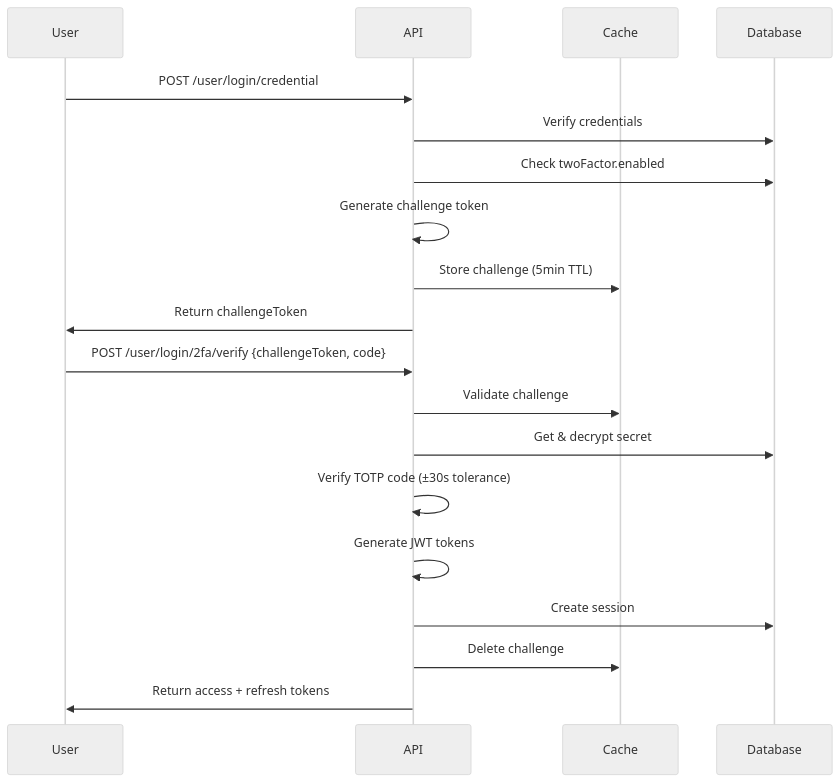
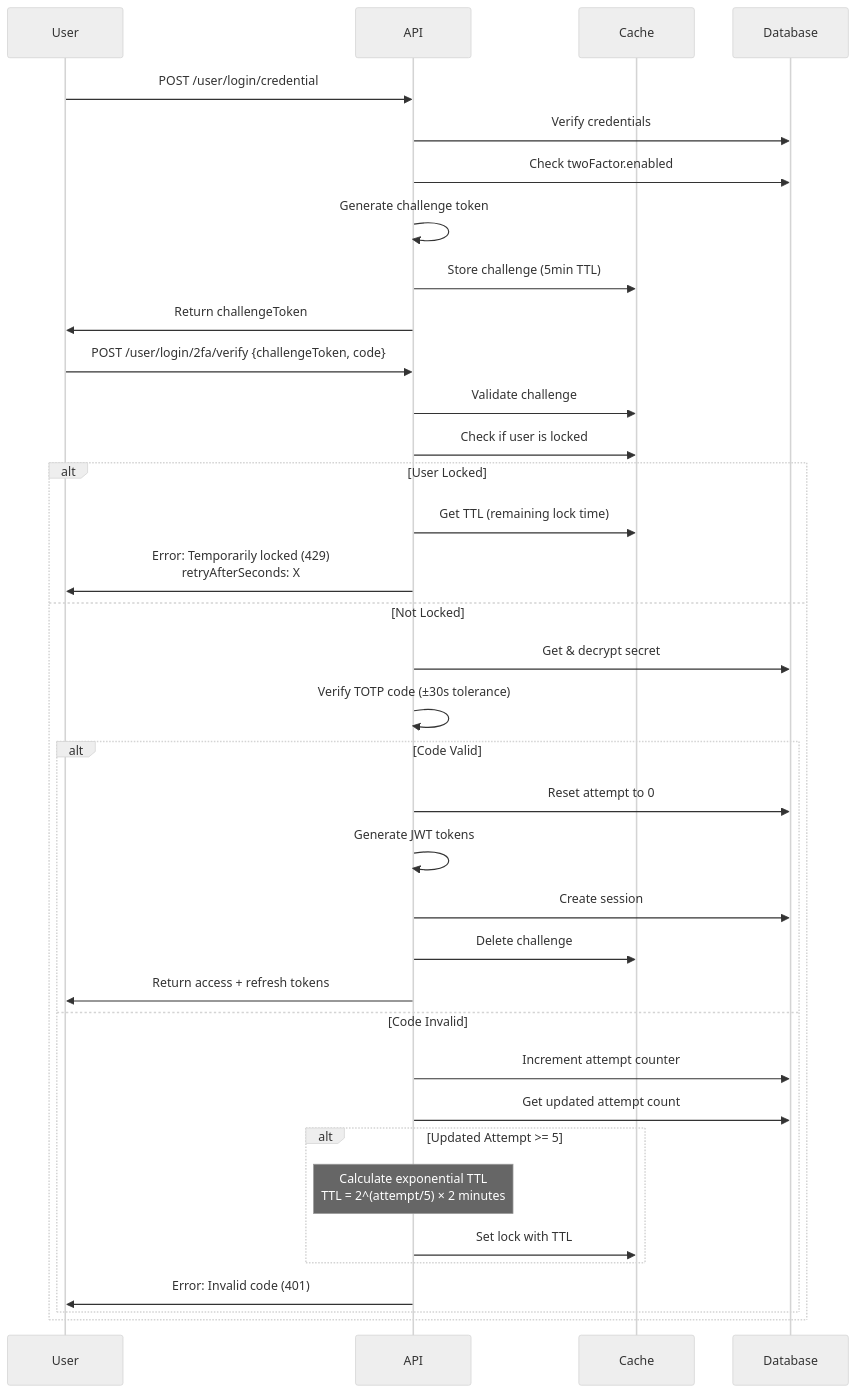
The second of 9 diagrams in docs/two-factor.md (andrechristikan/ack-nestjs-boilerplate), drawn with Mermaid (neutral theme) before and after one commit. The commit also changed other lines of this file and 36 other files, not shown here.

Commit message:
feat: added lock temporary exponential for two factor and refresh token expiration, add two factor code protection for change and reset password

````diff
--- a/docs/two-factor.md
+++ b/docs/two-factor.md
@@ -117,22 +207,39 @@
 ```mermaid
 sequenceDiagram
     participant User
     participant API
     participant Cache
     participant Database
 
     User->>API: POST /user/login/credential
     API->>Database: Verify credentials
     API->>Database: Check twoFactor.enabled
     API->>API: Generate challenge token
     API->>Cache: Store challenge (5min TTL)
     API->>User: Return challengeToken
     User->>API: POST /user/login/2fa/verify {challengeToken, code}
     API->>Cache: Validate challenge
-    API->>Database: Get & decrypt secret
-    API->>API: Verify TOTP code (±30s tolerance)
-    API->>API: Generate JWT tokens
-    API->>Database: Create session
-    API->>Cache: Delete challenge
-    API->>User: Return access + refresh tokens
+    API->>Cache: Check if user is locked
+    alt User Locked
+        API->>Cache: Get TTL (remaining lock time)
+        API->>User: Error: Temporarily locked (429)<br/>retryAfterSeconds: X
+    else Not Locked
+        API->>Database: Get & decrypt secret
+        API->>API: Verify TOTP code (±30s tolerance)
+        alt Code Valid
+            API->>Database: Reset attempt to 0
+            API->>API: Generate JWT tokens
+            API->>Database: Create session
+            API->>Cache: Delete challenge
+            API->>User: Return access + refresh tokens
+        else Code Invalid
+            API->>Database: Increment attempt counter
+            API->>Database: Get updated attempt count
+            alt Updated Attempt >= 5
+                Note over API: Calculate exponential TTL<br/>TTL = 2^(attempt/5) × 2 minutes
+                API->>Cache: Set lock with TTL
+            end
+            API->>User: Error: Invalid code (401)
+        end
+    end
 ```
````
